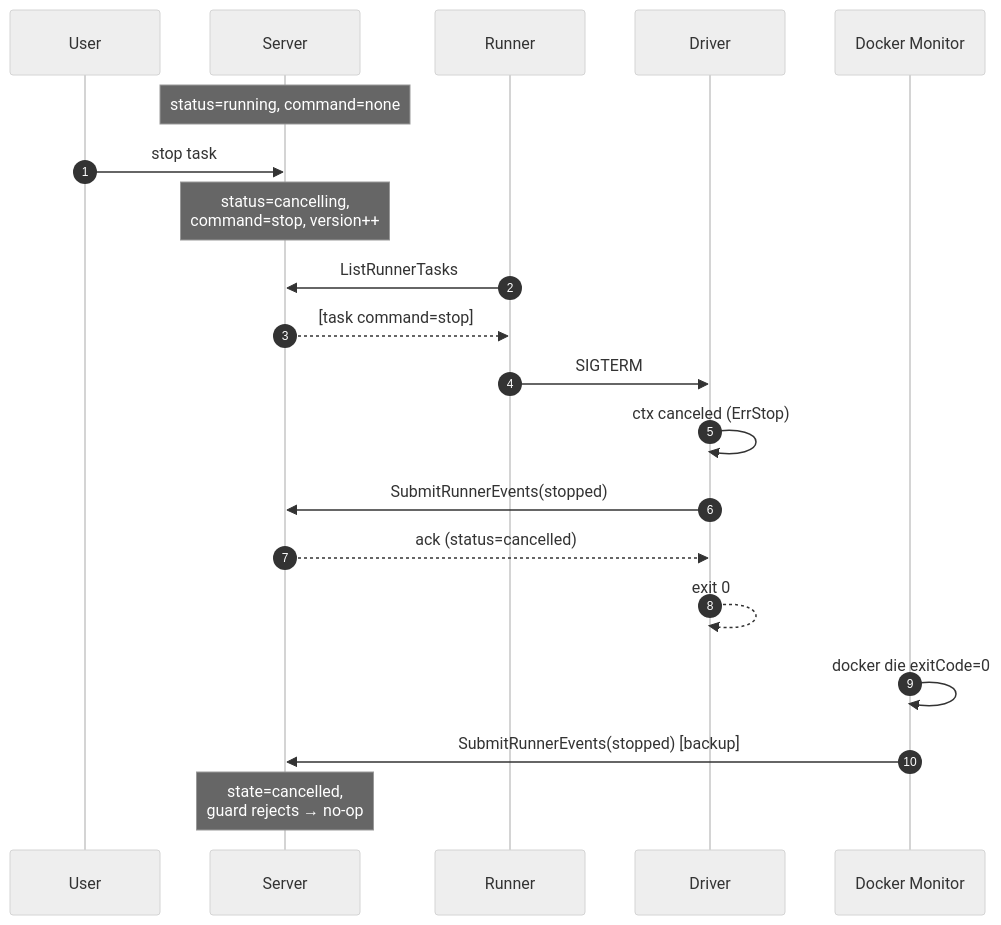
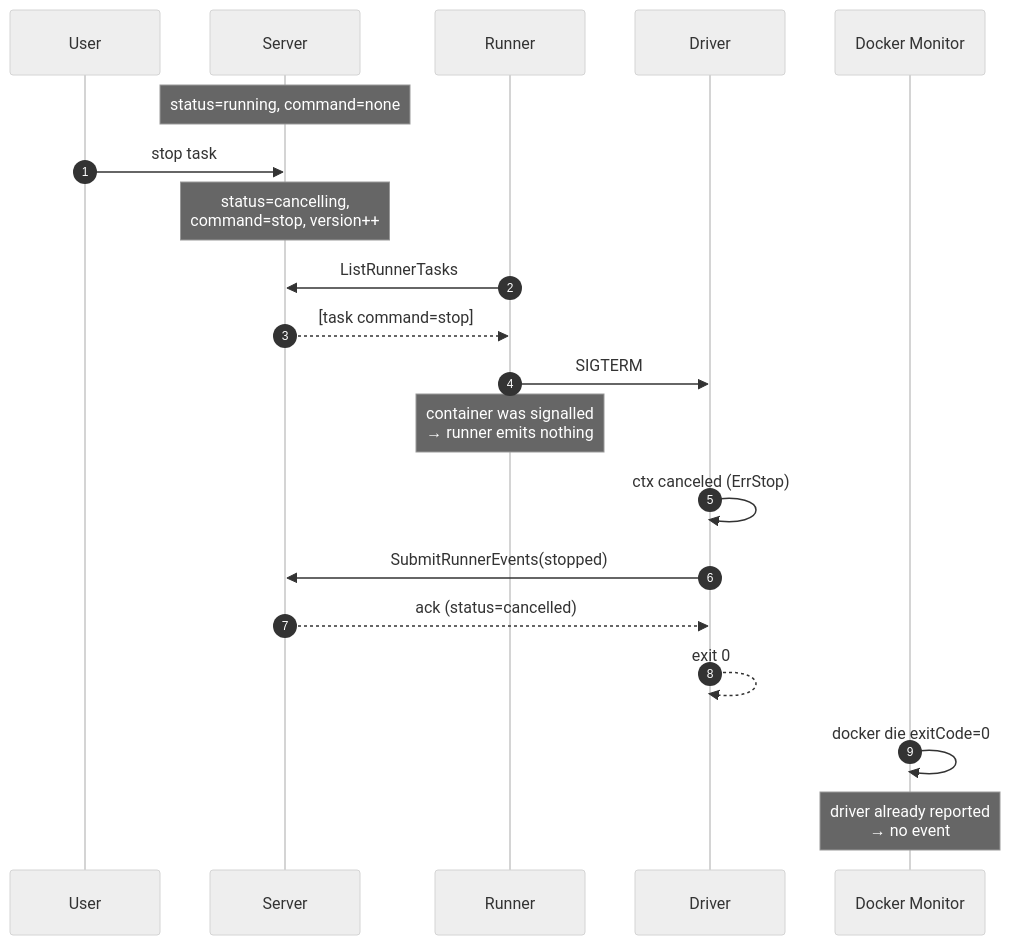
Before and after one commit to icholy/xagent: the fourth of 9 diagrams in proposals/accepted/driver-owned-events.md, drawn with Mermaid (neutral theme). The commit also changed other lines of this file, not shown here.

First line of the commit message:
proposal: emit runner events only when the driver cannot report

````diff
--- a/proposals/accepted/driver-owned-events.md
+++ b/proposals/accepted/driver-owned-events.md
@@ -157,23 +152,23 @@
 ```mermaid
 sequenceDiagram
     autonumber
     participant U as User
     participant S as Server
     participant R as Runner
     participant D as Driver
     participant M as Docker Monitor
 
     Note over S: status=running, command=none
     U->>S: stop task
     Note over S: status=cancelling,<br/>command=stop, version++
     R->>S: ListRunnerTasks
     S-->>R: [task command=stop]
     R->>D: SIGTERM
+    Note over R: container was signalled<br/>→ runner emits nothing
     D->>D: ctx canceled (ErrStop)
     D->>S: SubmitRunnerEvents(stopped)
     S-->>D: ack (status=cancelled)
     D-->>D: exit 0
     M->>M: docker die exitCode=0
-    M->>S: SubmitRunnerEvents(stopped) [backup]
-    Note over S: state=cancelled,<br/>guard rejects → no-op
+    Note over M: driver already reported<br/>→ no event
 ```
````
